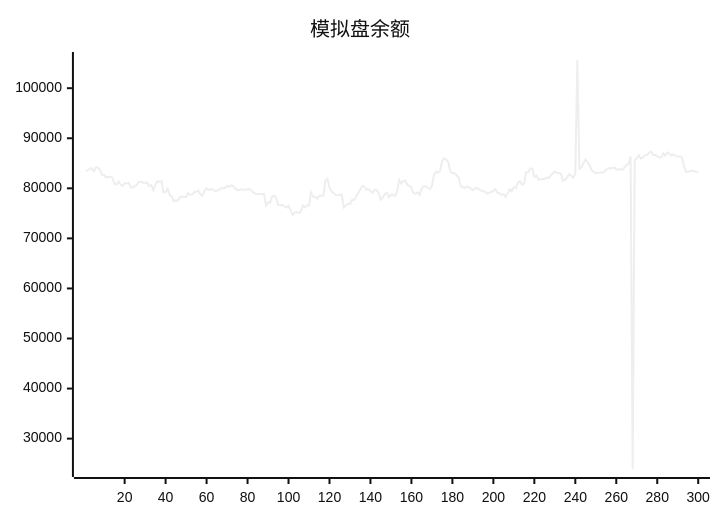
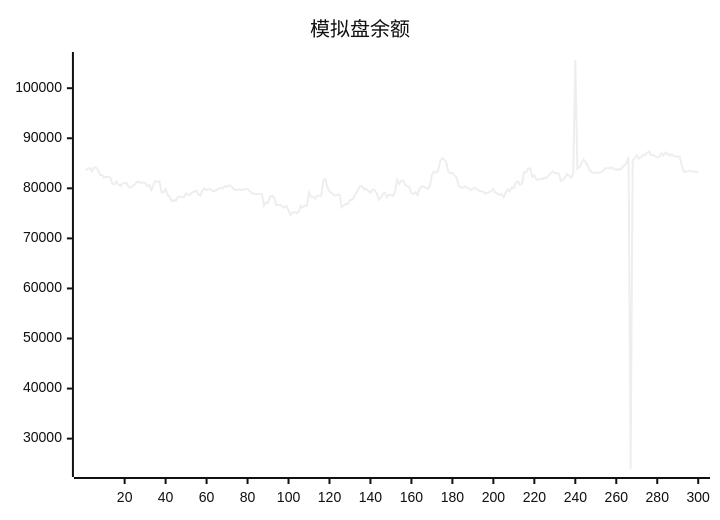
The diagram in README.md (aahl/ai-trading), drawn with Mermaid (neutral theme) before and after one commit. The commit also changed other lines of this file and 1 other file, not shown here.

````diff
--- a/README.md
+++ b/README.md
@@ -5,5 +5,5 @@
 ```mermaid
 xychart
     title "模拟盘余额"
-    line [83464,83579,83920,84037,83402,84160,84142,83652,82655,82655,82145,82315,82243,82163,80934,80770,81371,80742,80468,80989,80989,81067,80191,80155,80450,80737,81309,81309,81106,81119,81119,80471,80631,79624,80670,81448,81290,81429,79212,79222,79940,78643,78380,77432,77623,77504,78235,78358,78284,78277,79048,78714,78714,79290,79308,79567,78763,78563,79603,79988,79652,79813,79813,79476,79469,79673,79995,80015,80015,80486,80314,80600,80436,79966,79689,79689,79819,79692,79692,79850,79850,79518,79071,78889,78850,78850,78878,78878,76554,77202,77103,78357,78510,78106,76678,76677,76672,76411,76159,76485,75656,74695,75197,75246,75052,75334,76564,76179,76553,76551,79196,78300,78300,77944,78531,78531,78521,81564,81884,80160,79335,79055,78675,78580,78708,78764,76179,76586,76902,76876,77658,77669,78346,79023,79769,80497,80366,79761,79896,79448,79126,79749,79658,79097,77695,78114,78888,79126,78249,78738,78653,78478,79271,81680,80923,81488,81527,80681,80455,80190,79084,78879,79193,78686,79954,80403,80374,80118,79848,80491,82665,83351,83098,83525,85430,85983,85737,85221,83378,83014,83043,82613,82216,80477,80208,80081,80348,80277,79894,79670,79965,80093,79786,79542,79406,79371,78893,79087,79304,79406,79841,79072,78978,78696,78846,78272,79085,79787,79442,80198,80031,81120,81379,80718,80985,83214,83212,83993,83921,82270,82547,81776,81776,81866,81866,82158,82061,82596,83000,83408,83041,83050,82858,81503,81691,82188,82812,82517,82092,82901,105633,83898,84180,85030,85781,85178,84604,83569,83298,83008,83093,83107,83175,83228,83729,84025,84017,84019,84177,83775,83762,83785,83738,84160,84639,84939,86370,23934,85548,86046,86599,85942,86161,86622,86664,87115,87369,86666,86685,86384,86152,86243,86969,86548,87164,86885,86566,86809,86427,86348,86417,86273,84538,83299,83369,83430,83490,83404,83270,83362]
+    line [83579,83920,84037,83402,84160,84142,83652,82655,82655,82145,82315,82243,82163,80934,80770,81371,80742,80468,80989,80989,81067,80191,80155,80450,80737,81309,81309,81106,81119,81119,80471,80631,79624,80670,81448,81290,81429,79212,79222,79940,78643,78380,77432,77623,77504,78235,78358,78284,78277,79048,78714,78714,79290,79308,79567,78763,78563,79603,79988,79652,79813,79813,79476,79469,79673,79995,80015,80015,80486,80314,80600,80436,79966,79689,79689,79819,79692,79692,79850,79850,79518,79071,78889,78850,78850,78878,78878,76554,77202,77103,78357,78510,78106,76678,76677,76672,76411,76159,76485,75656,74695,75197,75246,75052,75334,76564,76179,76553,76551,79196,78300,78300,77944,78531,78531,78521,81564,81884,80160,79335,79055,78675,78580,78708,78764,76179,76586,76902,76876,77658,77669,78346,79023,79769,80497,80366,79761,79896,79448,79126,79749,79658,79097,77695,78114,78888,79126,78249,78738,78653,78478,79271,81680,80923,81488,81527,80681,80455,80190,79084,78879,79193,78686,79954,80403,80374,80118,79848,80491,82665,83351,83098,83525,85430,85983,85737,85221,83378,83014,83043,82613,82216,80477,80208,80081,80348,80277,79894,79670,79965,80093,79786,79542,79406,79371,78893,79087,79304,79406,79841,79072,78978,78696,78846,78272,79085,79787,79442,80198,80031,81120,81379,80718,80985,83214,83212,83993,83921,82270,82547,81776,81776,81866,81866,82158,82061,82596,83000,83408,83041,83050,82858,81503,81691,82188,82812,82517,82092,82901,105633,83898,84180,85030,85781,85178,84604,83569,83298,83008,83093,83107,83175,83228,83729,84025,84017,84019,84177,83775,83762,83785,83738,84160,84639,84939,86370,23934,85548,86046,86599,85942,86161,86622,86664,87115,87369,86666,86685,86384,86152,86243,86969,86548,87164,86885,86566,86809,86427,86348,86417,86273,84538,83299,83369,83430,83490,83404,83270,83362,83056]
 ```
````
